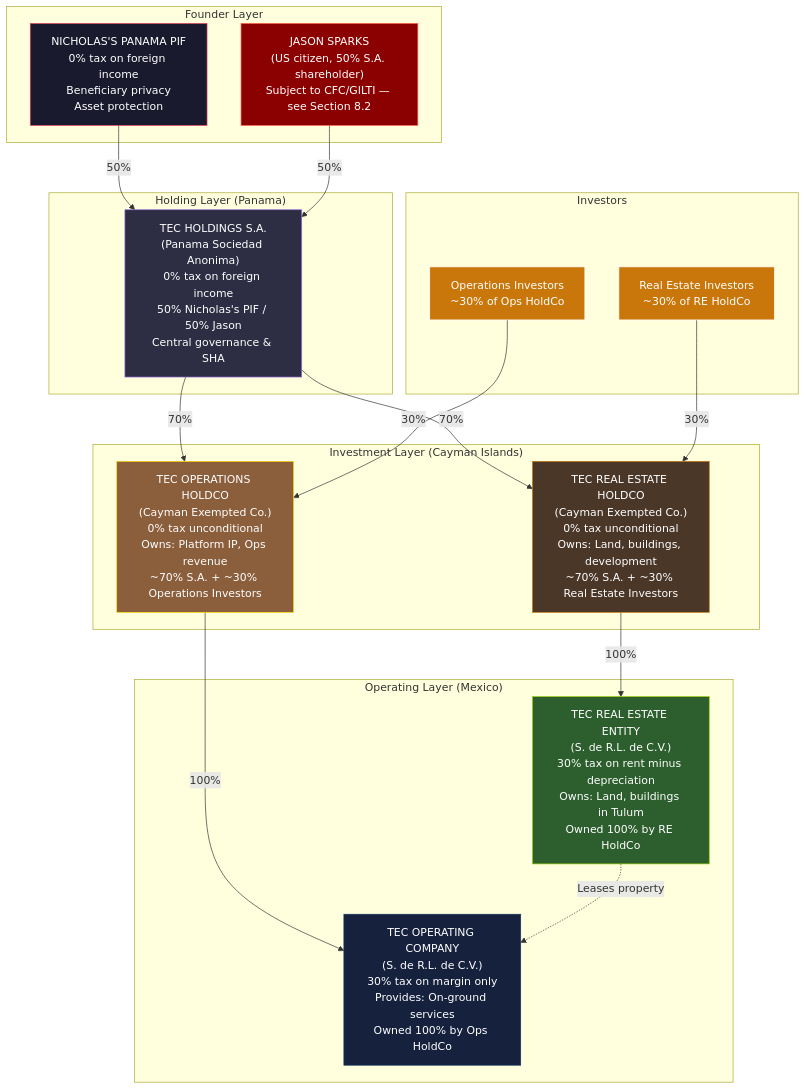
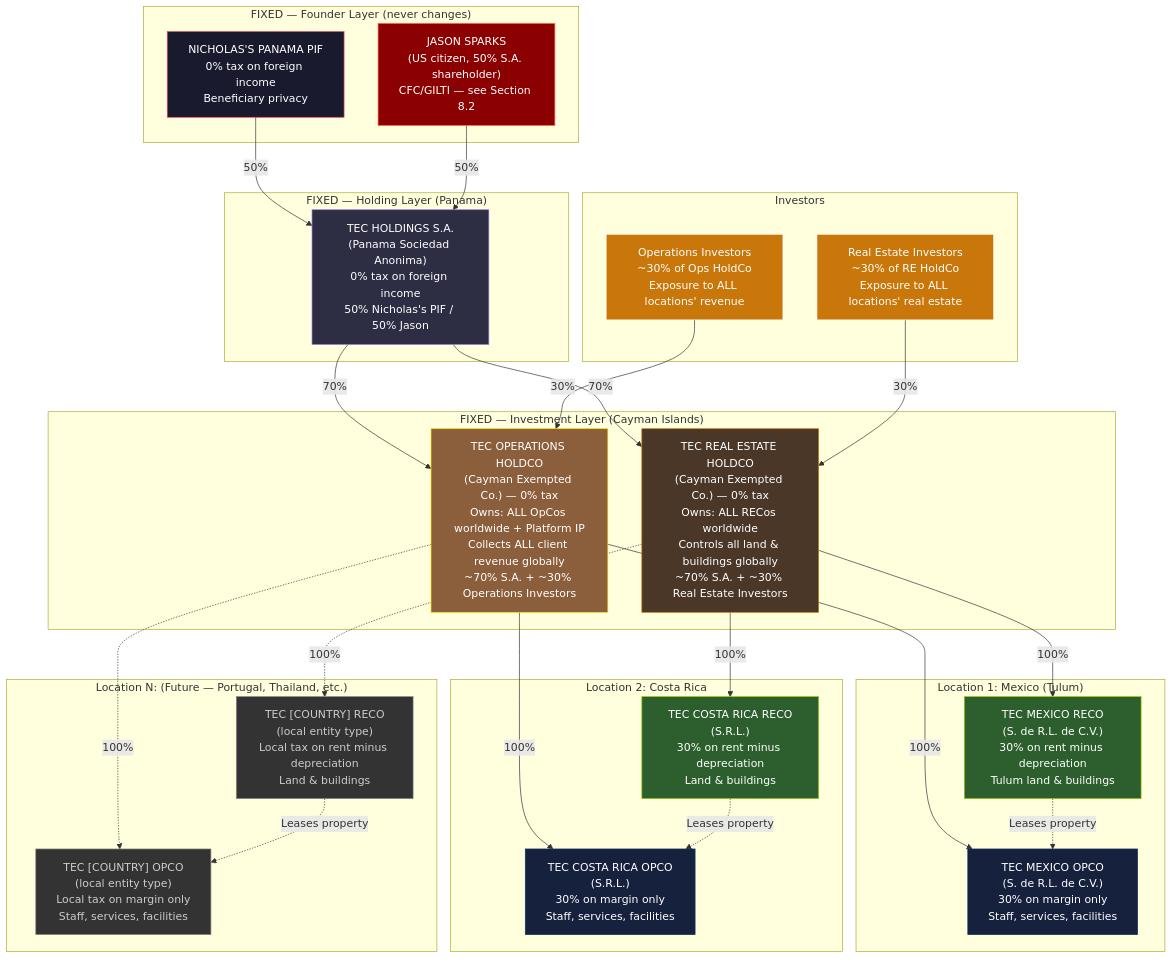
One commit to Light-Brands/epic-center changed the first of 5 diagrams in docs/tax-structure/te/TEC-STANDALONE-STRUCTURE.md. Above: the diagram before and after it, drawn with Mermaid. The commit also changed other lines of this file, not shown here.

First line of the commit message:
Add multi-location architecture: Mexico + Costa Rica + Location N scaling model

````diff
--- a/docs/tax-structure/te/TEC-STANDALONE-STRUCTURE.md
+++ b/docs/tax-structure/te/TEC-STANDALONE-STRUCTURE.md
@@ -55,50 +57,69 @@
 ```mermaid
 graph TB
-    subgraph "Founder Layer"
-        PIF["NICHOLAS'S PANAMA PIF<br/>0% tax on foreign income<br/>Beneficiary privacy<br/>Asset protection"]
-        JASON["JASON SPARKS<br/>(US citizen, 50% S.A. shareholder)<br/>Subject to CFC/GILTI — see Section 8.2"]
+    subgraph "FIXED — Founder Layer (never changes)"
+        PIF["NICHOLAS'S PANAMA PIF<br/>0% tax on foreign income<br/>Beneficiary privacy"]
+        JASON["JASON SPARKS<br/>(US citizen, 50% S.A. shareholder)<br/>CFC/GILTI — see Section 8.2"]
     end
 
-    subgraph "Holding Layer (Panama)"
-        SA["TEC HOLDINGS S.A.<br/>(Panama Sociedad Anonima)<br/>0% tax on foreign income<br/>50% Nicholas's PIF / 50% Jason<br/>Central governance & SHA"]
+    subgraph "FIXED — Holding Layer (Panama)"
+        SA["TEC HOLDINGS S.A.<br/>(Panama Sociedad Anonima)<br/>0% tax on foreign income<br/>50% Nicholas's PIF / 50% Jason"]
     end
 
-    subgraph "Investment Layer (Cayman Islands)"
-        OPCO_CAYMAN["TEC OPERATIONS HOLDCO<br/>(Cayman Exempted Co.)<br/>0% tax unconditional<br/>Owns: Platform IP, Ops revenue<br/>~70% S.A. + ~30% Operations Investors"]
+    subgraph "FIXED — Investment Layer (Cayman Islands)"
+        OPS_HQ["TEC OPERATIONS HOLDCO<br/>(Cayman Exempted Co.) — 0% tax<br/>Owns: ALL OpCos worldwide + Platform IP<br/>Collects ALL client revenue globally<br/>~70% S.A. + ~30% Operations Investors"]
 
-        PROCO_CAYMAN["TEC REAL ESTATE HOLDCO<br/>(Cayman Exempted Co.)<br/>0% tax unconditional<br/>Owns: Land, buildings, development<br/>~70% S.A. + ~30% Real Estate Investors"]
+        RE_HQ["TEC REAL ESTATE HOLDCO<br/>(Cayman Exempted Co.) — 0% tax<br/>Owns: ALL RECos worldwide<br/>Controls all land & buildings globally<br/>~70% S.A. + ~30% Real Estate Investors"]
     end
 
-    subgraph "Operating Layer (Mexico)"
-        MEXICO_OPS["TEC OPERATING COMPANY<br/>(S. de R.L. de C.V.)<br/>30% tax on margin only<br/>Provides: On-ground services<br/>Owned 100% by Ops HoldCo"]
+    subgraph "Location 1: Mexico (Tulum)"
+        MX_OPS["TEC MEXICO OPCO<br/>(S. de R.L. de C.V.)<br/>30% on margin only<br/>Staff, services, facilities"]
+        MX_RE["TEC MEXICO RECO<br/>(S. de R.L. de C.V.)<br/>30% on rent minus depreciation<br/>Tulum land & buildings"]
+    end
 
-        MEXICO_RE["TEC REAL ESTATE ENTITY<br/>(S. de R.L. de C.V.)<br/>30% tax on rent minus depreciation<br/>Owns: Land, buildings in Tulum<br/>Owned 100% by RE HoldCo"]
+    subgraph "Location 2: Costa Rica"
+        CR_OPS["TEC COSTA RICA OPCO<br/>(S.R.L.)<br/>30% on margin only<br/>Staff, services, facilities"]
+        CR_RE["TEC COSTA RICA RECO<br/>(S.R.L.)<br/>30% on rent minus depreciation<br/>Land & buildings"]
+    end
+
+    subgraph "Location N: (Future — Portugal, Thailand, etc.)"
+        N_OPS["TEC [COUNTRY] OPCO<br/>(local entity type)<br/>Local tax on margin only<br/>Staff, services, facilities"]
+        N_RE["TEC [COUNTRY] RECO<br/>(local entity type)<br/>Local tax on rent minus depreciation<br/>Land & buildings"]
     end
 
     subgraph "Investors"
-        OPS_INV["Operations Investors<br/>~30% of Ops HoldCo"]
-        RE_INV["Real Estate Investors<br/>~30% of RE HoldCo"]
+        OPS_INV["Operations Investors<br/>~30% of Ops HoldCo<br/>Exposure to ALL locations' revenue"]
+        RE_INV["Real Estate Investors<br/>~30% of RE HoldCo<br/>Exposure to ALL locations' real estate"]
     end
 
     PIF -->|"50%"| SA
     JASON -->|"50%"| SA
-    SA -->|"70%"| OPCO_CAYMAN
-    SA -->|"70%"| PROCO_CAYMAN
-    OPS_INV -->|"30%"| OPCO_CAYMAN
-    RE_INV -->|"30%"| PROCO_CAYMAN
+    SA -->|"70%"| OPS_HQ
+    SA -->|"70%"| RE_HQ
+    OPS_INV -->|"30%"| OPS_HQ
+    RE_INV -->|"30%"| RE_HQ
 
-    OPCO_CAYMAN -->|"100%"| MEXICO_OPS
-    PROCO_CAYMAN -->|"100%"| MEXICO_RE
+    OPS_HQ -->|"100%"| MX_OPS
+    OPS_HQ -->|"100%"| CR_OPS
+    OPS_HQ -.->|"100%"| N_OPS
+    RE_HQ -->|"100%"| MX_RE
+    RE_HQ -->|"100%"| CR_RE
+    RE_HQ -.->|"100%"| N_RE
 
-    MEXICO_RE -.->|"Leases property"| MEXICO_OPS
+    MX_RE -.->|"Leases property"| MX_OPS
+    CR_RE -.->|"Leases property"| CR_OPS
+    N_RE -.->|"Leases property"| N_OPS
 
     style PIF fill:#1a1a2e,stroke:#e94560,color:#fff
     style JASON fill:#8b0000,stroke:#ff6347,color:#fff
     style SA fill:#2d2d44,stroke:#9370db,color:#fff
-    style OPCO_CAYMAN fill:#8b5e3c,stroke:#ffd700,color:#fff
-    style PROCO_CAYMAN fill:#4a3728,stroke:#c9770a,color:#fff
-    style MEXICO_OPS fill:#16213e,stroke:#0f3460,color:#fff
-    style MEXICO_RE fill:#2c5f2d,stroke:#97cc04,color:#fff
+    style OPS_HQ fill:#8b5e3c,stroke:#ffd700,color:#fff
+    style RE_HQ fill:#4a3728,stroke:#c9770a,color:#fff
+    style MX_OPS fill:#16213e,stroke:#0f3460,color:#fff
+    style MX_RE fill:#2c5f2d,stroke:#97cc04,color:#fff
+    style CR_OPS fill:#16213e,stroke:#0f3460,color:#fff
+    style CR_RE fill:#2c5f2d,stroke:#97cc04,color:#fff
+    style N_OPS fill:#333,stroke:#888,color:#ccc
+    style N_RE fill:#333,stroke:#888,color:#ccc
     style OPS_INV fill:#c9770a,stroke:#fff,color:#fff
     style RE_INV fill:#c9770a,stroke:#fff,color:#fff
 ```
````
